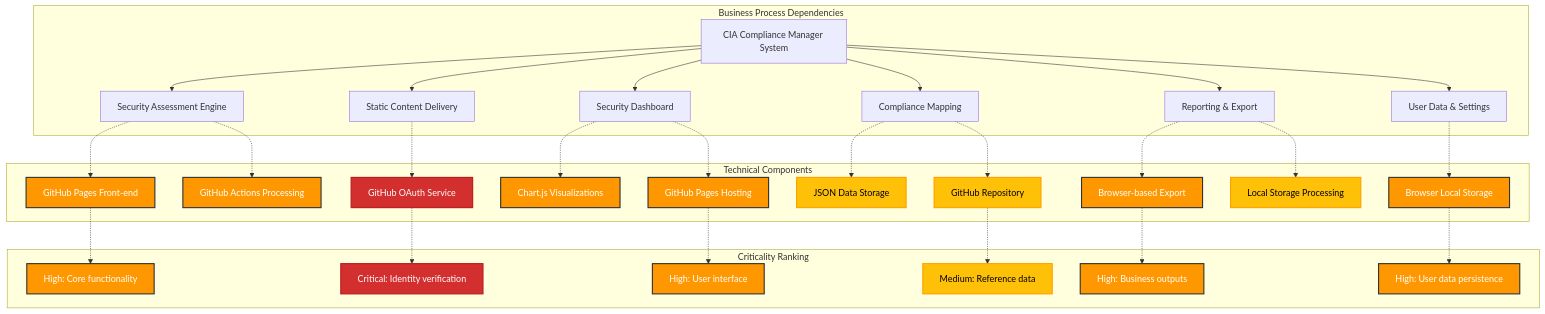
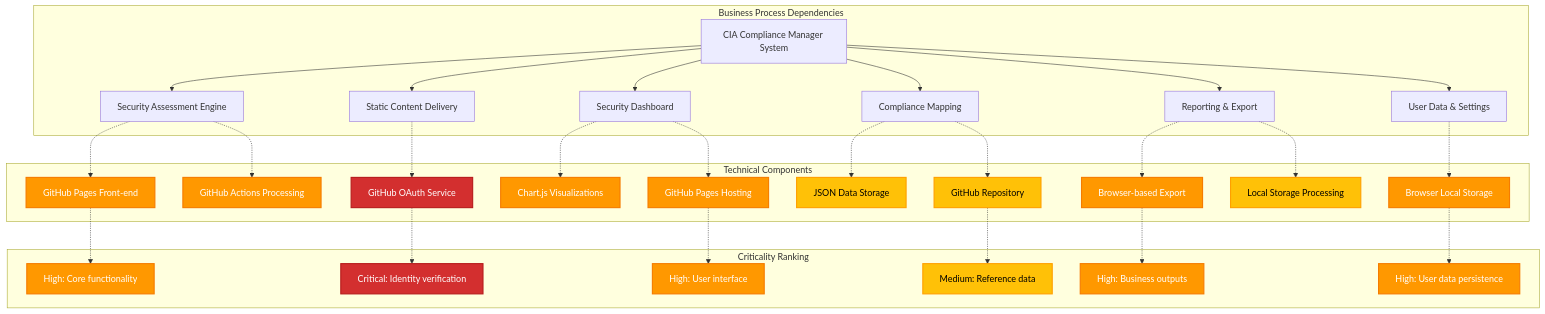
One commit to Hack23/cia-compliance-manager changed the second of 33 diagrams in docs/architecture/BCPPlan.md. Above: the diagram before and after it, drawn with Mermaid. The commit also changed other lines of this file and 5 other files, not shown here.

````diff
--- a/docs/architecture/BCPPlan.md
+++ b/docs/architecture/BCPPlan.md
@@ -134,41 +134,41 @@
 ```mermaid
 graph TB
     subgraph "Business Process Dependencies"
         A[CIA Compliance Manager System] --> B[Security Assessment Engine]
         A --> C[Static Content Delivery]
         A --> D[Security Dashboard]
         A --> E[Compliance Mapping]
         A --> F[Reporting & Export]
         A --> G[User Data & Settings]
     end
 
     subgraph "Technical Components"
         B -.-> B1[GitHub Pages Front-end]
         B -.-> B2[GitHub Actions Processing]
         C -.-> C1[GitHub OAuth Service]
         D -.-> D1[Chart.js Visualizations]
         D -.-> D2[GitHub Pages Hosting]
         E -.-> E1[JSON Data Storage]
         E -.-> E2[GitHub Repository]
         F -.-> F1[Browser-based Export]
         F -.-> F2[Local Storage Processing]
         G -.-> G1[Browser Local Storage]
     end
 
     subgraph "Criticality Ranking"
         B1 -.-> CR1[High: Core functionality]
         C1 -.-> CR2[Critical: Identity verification]
         D2 -.-> CR3[High: User interface]
         E2 -.-> CR4[Medium: Reference data]
         F1 -.-> CR5[High: Business outputs]
         G1 -.-> CR6[High: User data persistence]
     end
 
     classDef critical fill:#D32F2F,stroke:#B71C1C,stroke-width:2px,color:#ffffff
-    classDef high fill:#FF9800,stroke:#F57C00,stroke-width:2px,color:#ffffff,stroke:#333,stroke-width:2px;
+    classDef high fill:#FF9800,stroke:#F57C00,stroke-width:2px,color:#ffffff
     classDef medium fill:#FFC107,stroke:#FFA000,stroke-width:2px,color:#000000
 
-    class C1,CR2 critical;
-    class B1,B2,D1,D2,F1,G1,CR1,CR3,CR5,CR6 high;
-    class E1,E2,F2,CR4 medium;
+    class C1,CR2 critical
+    class B1,B2,D1,D2,F1,G1,CR1,CR3,CR5,CR6 high
+    class E1,E2,F2,CR4 medium
 ```
````
